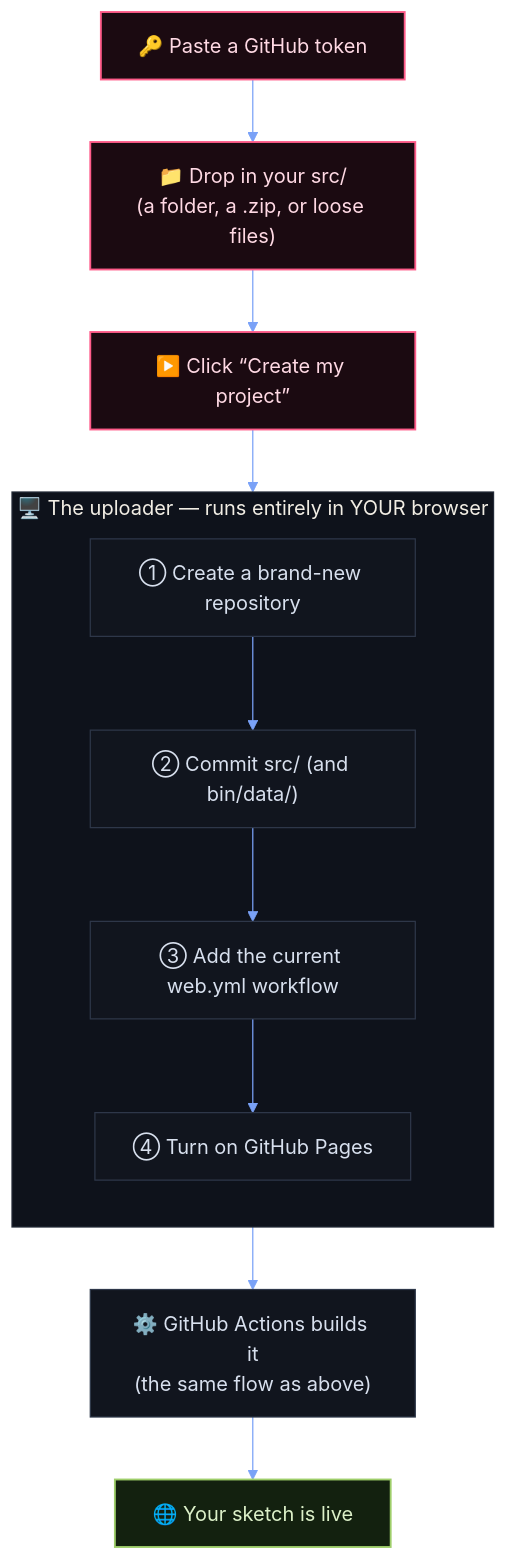
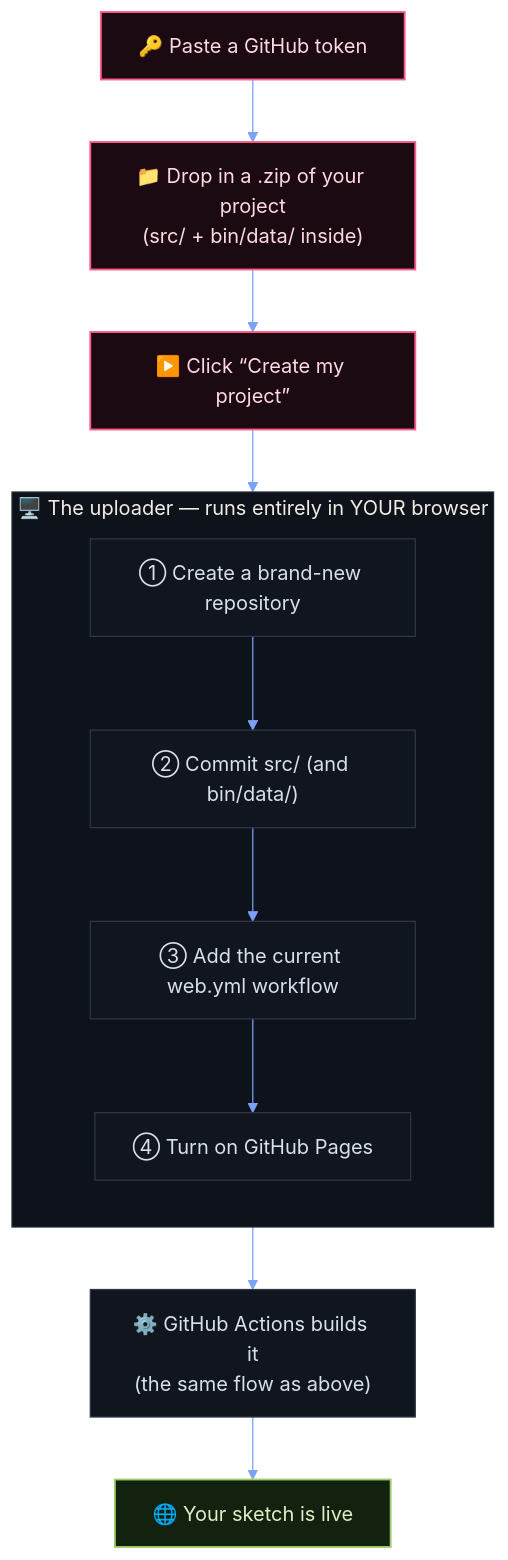
One commit to MaxFishman/OpenFrameworksTest changed the second of 3 diagrams in README.md. Above: the diagram before and after it, drawn with Mermaid. The commit also changed other lines of this file and 2 other files, not shown here.

First line of the commit message:
Uploader: zip-only upload, pre-flight checks, failure diagnostics, my-sketches

````diff
--- a/README.md
+++ b/README.md
@@ -84,22 +84,22 @@
 ```mermaid
 %%{init: {'theme':'base','themeVariables':{'fontFamily':'ui-monospace, SFMono-Regular, Menlo, monospace','primaryColor':'#11151e','primaryTextColor':'#d8e0ee','primaryBorderColor':'#2e3749','lineColor':'#7aa2f7','secondaryColor':'#161b26','tertiaryColor':'#0e121b','clusterBkg':'#0e121b','clusterBorder':'#232a37','mainBkg':'#11151e'}}}%%
 flowchart TD
   U1["🔑 Paste a GitHub token"]:::you
-  U2["📁 Drop in your src/<br/>(a folder, a .zip, or loose files)"]:::you
+  U2["📁 Drop in a .zip of your project<br/>(src/ + bin/data/ inside)"]:::you
   U3["▶️ Click “Create my project”"]:::you
   subgraph BR["🖥️  The uploader — runs entirely in YOUR browser"]
     direction TB
     B1["① Create a brand-new repository"]:::step
     B2["② Commit src/ (and bin/data/)"]:::step
     B3["③ Add the current web.yml workflow"]:::step
     B4["④ Turn on GitHub Pages"]:::step
     B1 --> B2 --> B3 --> B4
   end
   U1 --> U2 --> U3 --> B1
   B4 --> GA["⚙️ GitHub Actions builds it<br/>(the same flow as above)"]:::step
   GA --> LIVE["🌐 Your sketch is live"]:::live
 
   classDef you fill:#1b0a11,stroke:#ff5c8a,stroke-width:1.5px,color:#ffd9e4;
   classDef live fill:#13210f,stroke:#9ece6a,stroke-width:1.5px,color:#dcf0c8;
   classDef step fill:#11151e,stroke:#2e3749,color:#d8e0ee;
 ```
````
